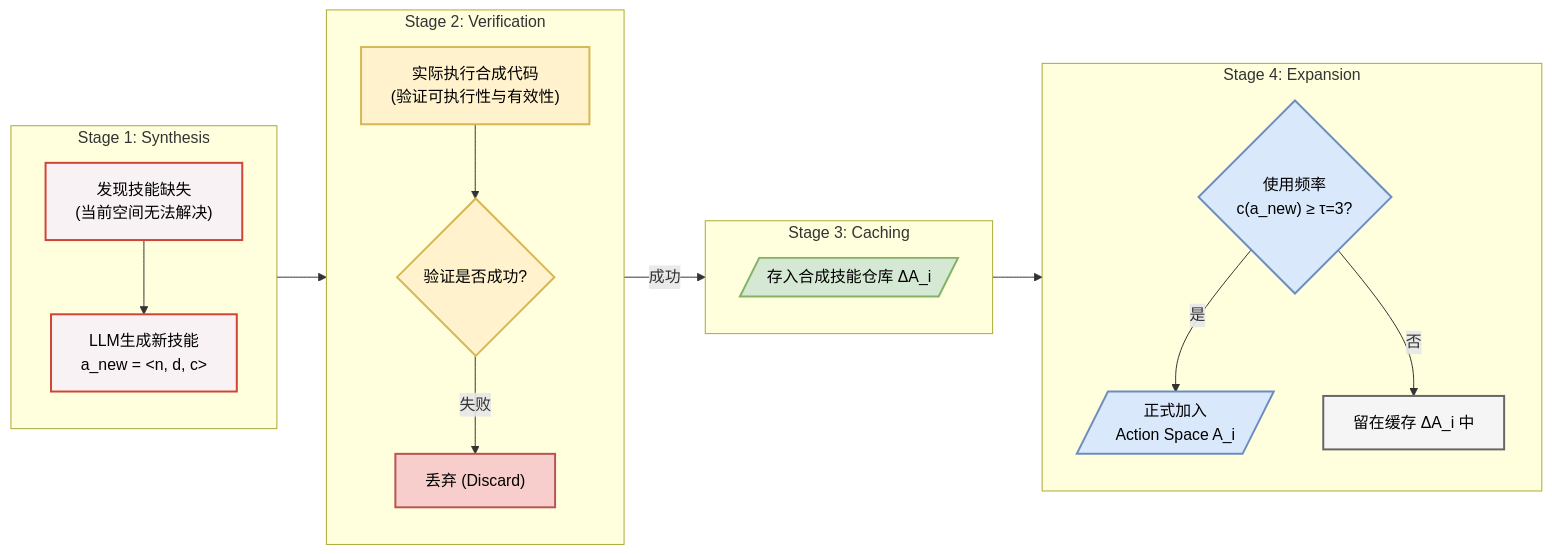
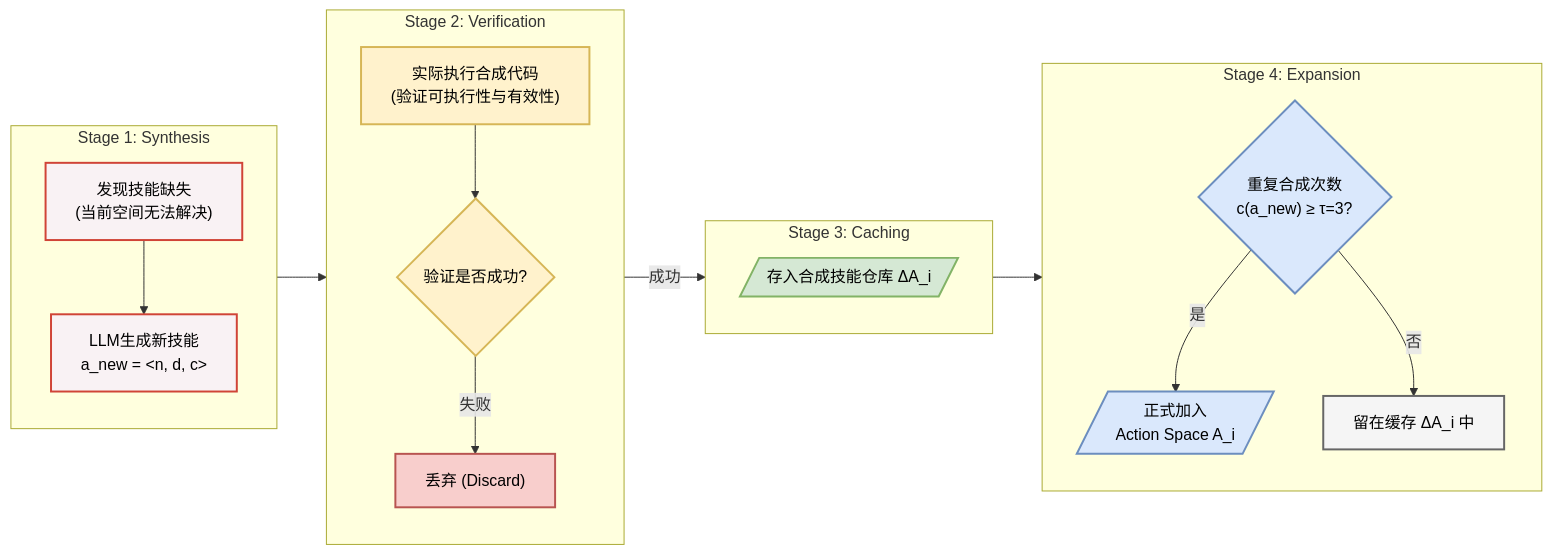
The diagram in DeepReadings/2026-06-04-evods-self-evolving-data-science-agent.md (meraks/ArxivPaperReader), drawn with Mermaid before and after one commit. The commit also changed other lines of this file and 157 other files, not shown here.

````diff
--- a/DeepReadings/2026-06-04-evods-self-evolving-data-science-agent.md
+++ b/DeepReadings/2026-06-04-evods-self-evolving-data-science-agent.md
@@ -174,43 +174,43 @@
 ```mermaid
 flowchart LR
     subgraph S1 [Stage 1: Synthesis]
         direction TB
         A["发现技能缺失<br/>(当前空间无法解决)"] --> B["LLM生成新技能<br/>a_new = &lt;n, d, c&gt;"]
     end
 
     subgraph S2 [Stage 2: Verification]
         direction TB
         C["实际执行合成代码<br/>(验证可执行性与有效性)"]
         D{"验证是否成功?"}
         C --> D
         D -- "失败" --> E["丢弃 (Discard)"]
     end
 
     subgraph S3 [Stage 3: Caching]
         direction TB
         F[/"存入合成技能仓库 ΔA_i"/]
     end
 
     subgraph S4 [Stage 4: Expansion]
         direction TB
-        G{"使用频率<br/>c(a_new) ≥ τ=3?"}
+        G{"重复合成次数<br/>c(a_new) ≥ τ=3?"}
         H[/"正式加入<br/>Action Space A_i"/]
         I["留在缓存 ΔA_i 中"]
         G -- "是" --> H
         G -- "否" --> I
     end
 
     B --> C
     D -- "成功" --> F
     F --> G
     
     style A fill:#f9f2f4,stroke:#d04437,stroke-width:2px,color:#000
     style B fill:#f9f2f4,stroke:#d04437,stroke-width:2px,color:#000
     style C fill:#fff2cc,stroke:#d6b656,stroke-width:2px,color:#000
     style D fill:#fff2cc,stroke:#d6b656,stroke-width:2px,color:#000
     style E fill:#f8cecc,stroke:#b85450,stroke-width:2px,color:#000
     style F fill:#d5e8d4,stroke:#82b366,stroke-width:2px,color:#000
     style G fill:#dae8fc,stroke:#6c8ebf,stroke-width:2px,color:#000
     style H fill:#dae8fc,stroke:#6c8ebf,stroke-width:2px,color:#000
     style I fill:#f5f5f5,stroke:#666666,stroke-width:2px,color:#000
 ```
````
